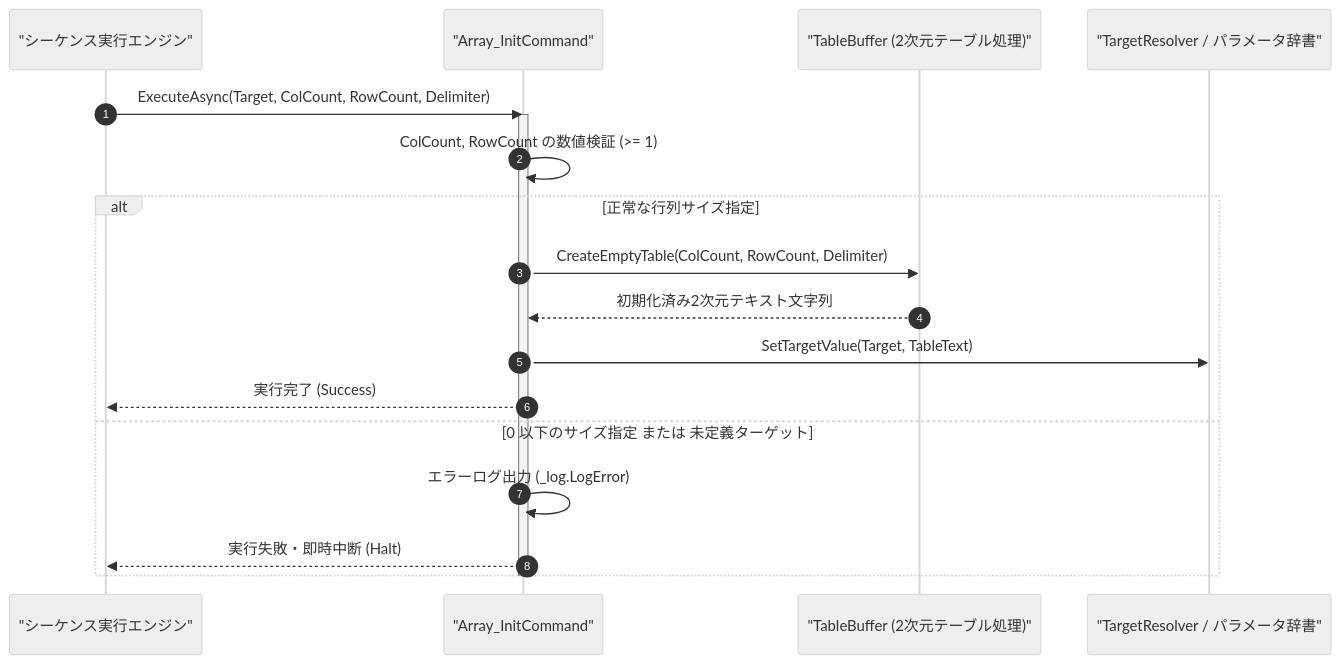
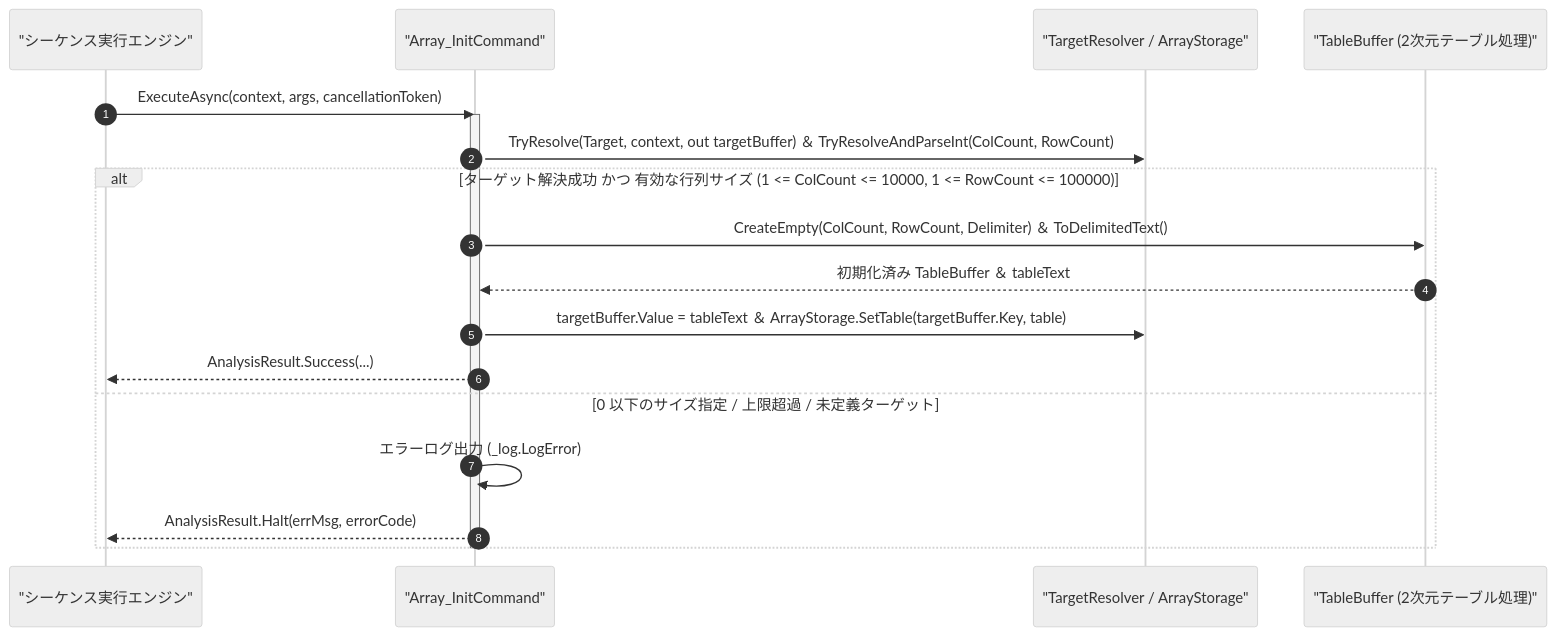
The diagram in Manual/Core/Array/Array_Init.Md (Monaca-App/TermAddIn), drawn with Mermaid (neutral theme) before and after one commit. The commit also changed other lines of this file and 157 other files, not shown here.

````diff
--- a/Manual/Core/Array/Array_Init.Md
+++ b/Manual/Core/Array/Array_Init.Md
@@ -69,22 +69,22 @@
 ```mermaid
 sequenceDiagram
     autonumber
     participant Engine as "シーケンス実行エンジン"
     participant Cmd as "Array_InitCommand"
+    participant Target as "TargetResolver / ArrayStorage"
     participant Buffer as "TableBuffer (2次元テーブル処理)"
-    participant Target as "TargetResolver / パラメータ辞書"
 
-    Engine->>Cmd: ExecuteAsync(Target, ColCount, RowCount, Delimiter)
+    Engine->>Cmd: ExecuteAsync(context, args, cancellationToken)
     activate Cmd
-    Cmd->>Cmd: ColCount, RowCount の数値検証 (>= 1)
-    alt 正常な行列サイズ指定
-        Cmd->>Buffer: CreateEmptyTable(ColCount, RowCount, Delimiter)
-        Buffer-->>Cmd: 初期化済み2次元テキスト文字列
-        Cmd->>Target: SetTargetValue(Target, TableText)
-        Cmd-->>Engine: 実行完了 (Success)
-    else 0 以下のサイズ指定 または 未定義ターゲット
+    Cmd->>Target: TryResolve(Target, context, out targetBuffer) ＆ TryResolveAndParseInt(ColCount, RowCount)
+    alt ターゲット解決成功 かつ 有効な行列サイズ (1 <= ColCount <= 10000, 1 <= RowCount <= 100000)
+        Cmd->>Buffer: CreateEmpty(ColCount, RowCount, Delimiter) ＆ ToDelimitedText()
+        Buffer-->>Cmd: 初期化済み TableBuffer ＆ tableText
+        Cmd->>Target: targetBuffer.Value = tableText ＆ ArrayStorage.SetTable(targetBuffer.Key, table)
+        Cmd-->>Engine: AnalysisResult.Success(...)
+    else 0 以下のサイズ指定 / 上限超過 / 未定義ターゲット
         Cmd->>Cmd: エラーログ出力 (_log.LogError)
-        Cmd-->>Engine: 実行失敗・即時中断 (Halt)
+        Cmd-->>Engine: AnalysisResult.Halt(errMsg, errorCode)
     end
     deactivate Cmd
 ```
````
